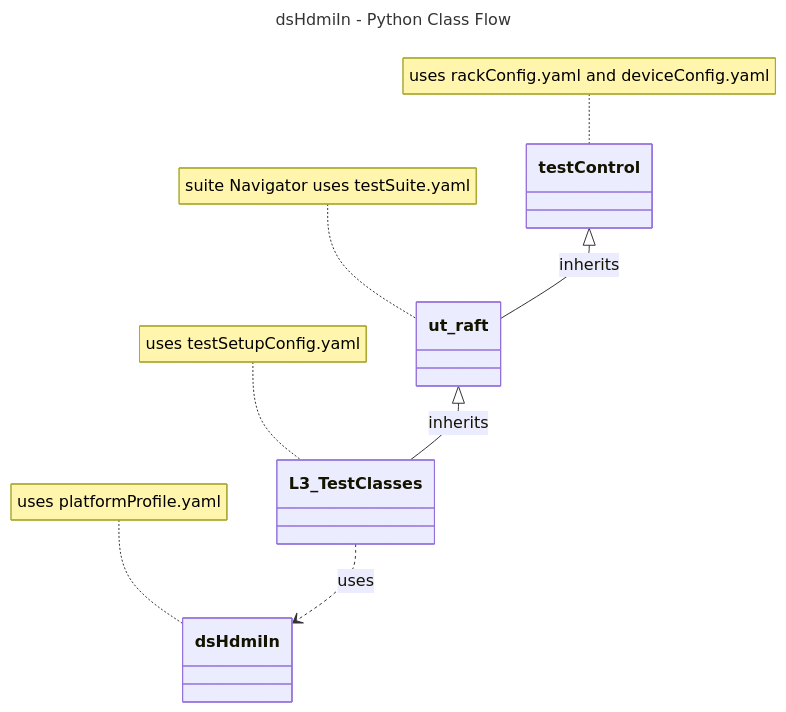
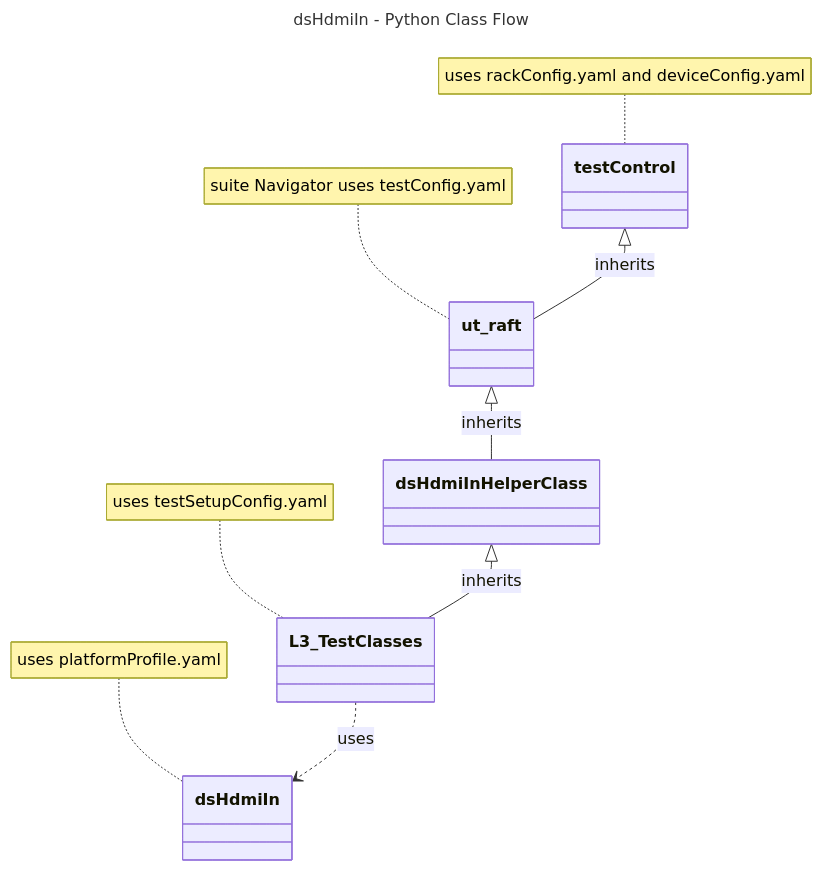
One commit to rdkcentral/rdk-halif-test-device_settings changed the diagram in docs/pages/dsHDMIIn/ds-Hdmi-In_L3_Low-Level_TestSpecification.md. Above: the diagram before and after it, drawn with Mermaid. The commit also changed other lines of this file and 2 other files, not shown here.

Commit message:
gh #248 HdmiIn L3 python testcases enhancement

````diff
--- a/docs/pages/dsHDMIIn/ds-Hdmi-In_L3_Low-Level_TestSpecification.md
+++ b/docs/pages/dsHDMIIn/ds-Hdmi-In_L3_Low-Level_TestSpecification.md
@@ -69,15 +69,16 @@
 ```mermaid
 ---
 title: dsHdmiIn - Python Class Flow
 ---
 classDiagram
     testControl <|-- ut_raft : inherits
     class ut_raft{
     }
-    ut_raft <|-- L3_TestClasses : inherits
+    ut_raft <|-- dsHdmiInHelperClass : inherits
+    dsHdmiInHelperClass <|-- L3_TestClasses : inherits
     L3_TestClasses ..> dsHdmiIn : uses
     note for testControl "uses rackConfig.yaml and deviceConfig.yaml"
     note for dsHdmiIn "uses platformProfile.yaml"
     note for L3_TestClasses "uses testSetupConfig.yaml"
-    note for ut_raft "suite Navigator uses testSuite.yaml"
+    note for ut_raft "suite Navigator uses testConfig.yaml"
 ```
````
